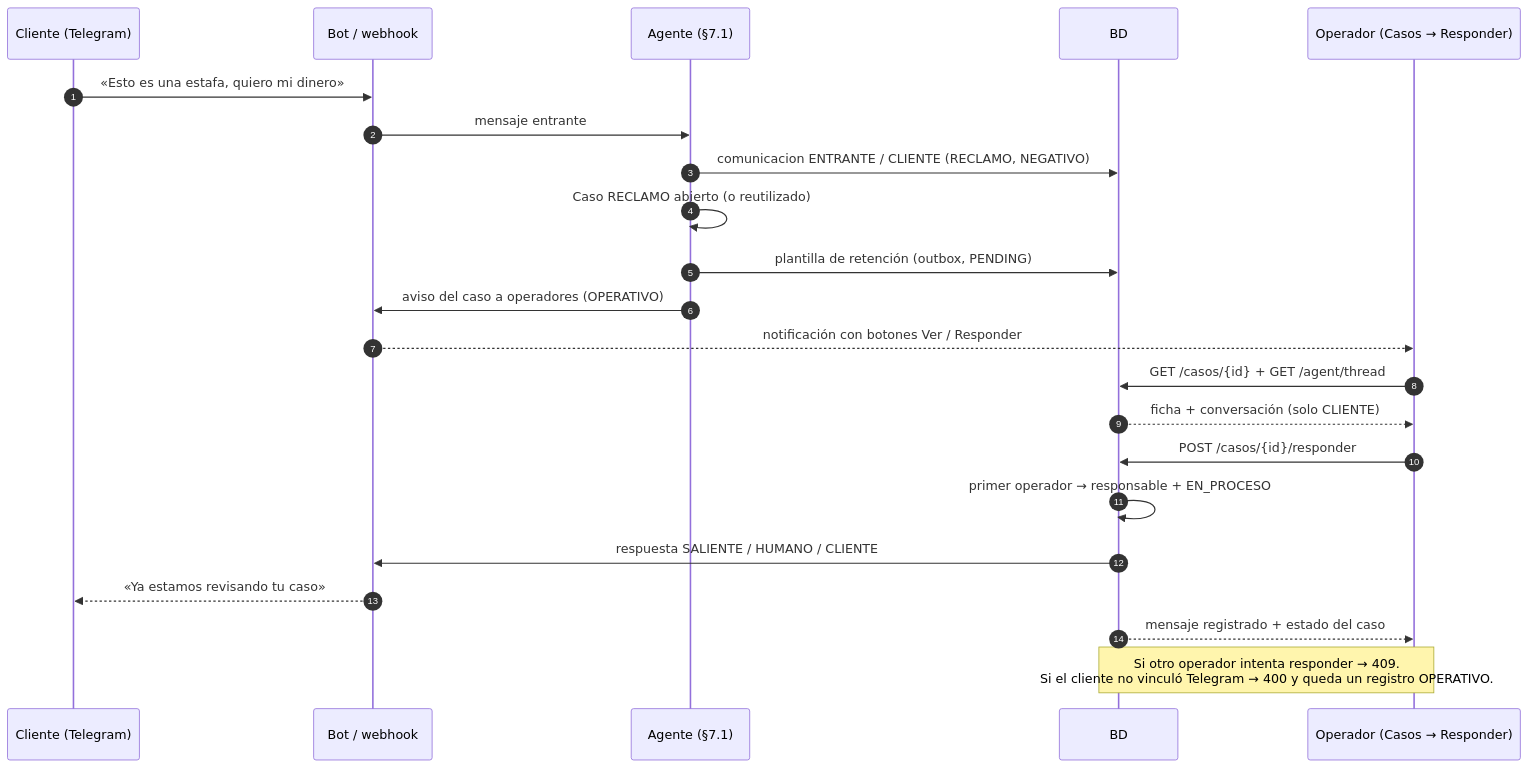
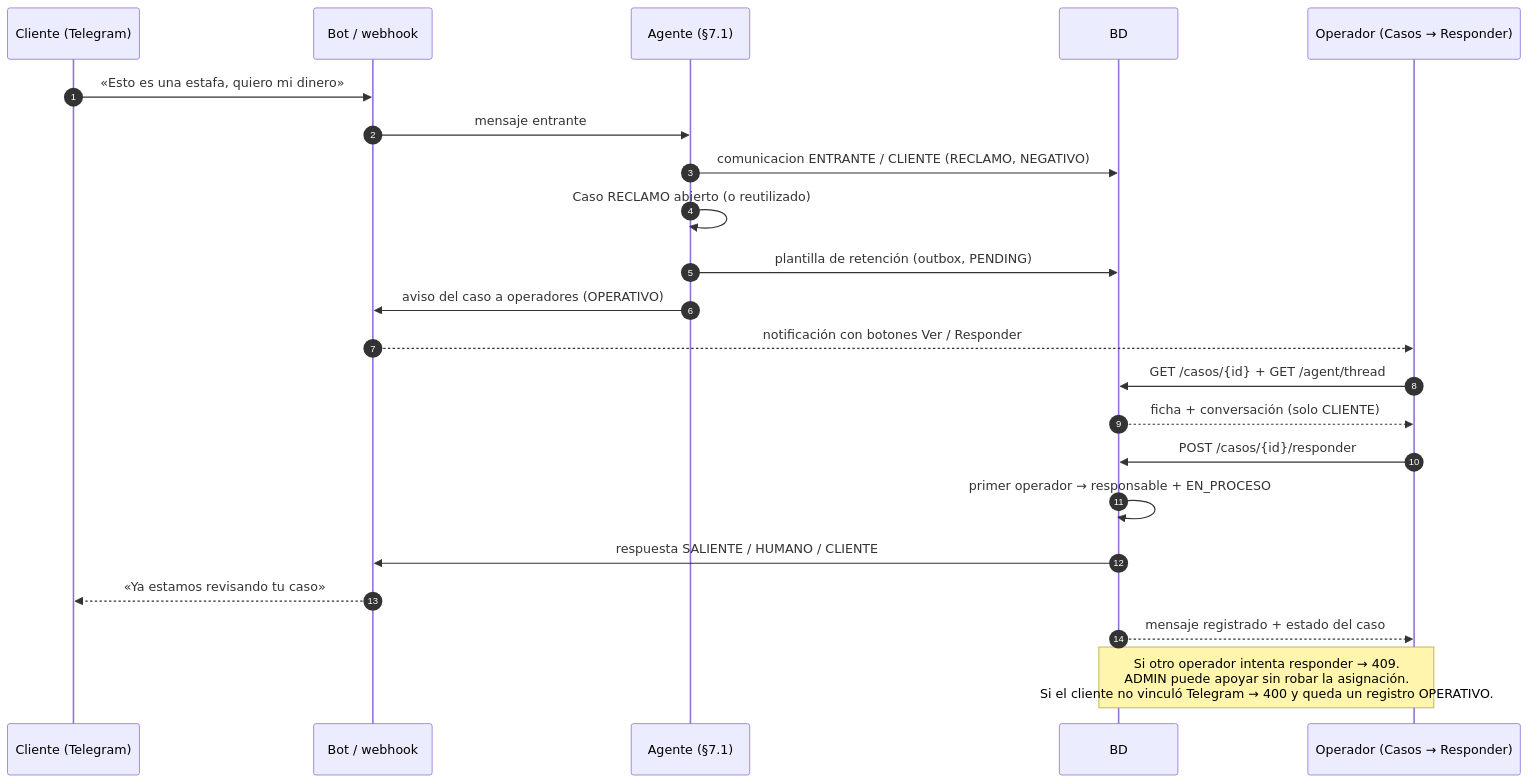
One commit to Jijiploff/polux-import-customers changed the fifth of 6 diagrams in docs/04-agente.md. Above: the diagram before and after it, drawn with Mermaid. The commit also changed other lines of this file and 25 other files, not shown here.

````diff
--- a/docs/04-agente.md
+++ b/docs/04-agente.md
@@ -273,27 +275,27 @@
 ```mermaid
 sequenceDiagram
     autonumber
     participant C as Cliente (Telegram)
     participant T as Bot / webhook
     participant A as Agente (§7.1)
     participant B as BD
     participant W as Operador (Casos → Responder)
 
     C->>T: «Esto es una estafa, quiero mi dinero»
     T->>A: mensaje entrante
     A->>B: comunicacion ENTRANTE / CLIENTE (RECLAMO, NEGATIVO)
     A->>A: Caso RECLAMO abierto (o reutilizado)
     A->>B: plantilla de retención (outbox, PENDING)
     A->>T: aviso del caso a operadores (OPERATIVO)
     T-->>W: notificación con botones Ver / Responder
 
     W->>B: GET /casos/{id} + GET /agent/thread
     B-->>W: ficha + conversación (solo CLIENTE)
     W->>B: POST /casos/{id}/responder
     B->>B: primer operador → responsable + EN_PROCESO
     B->>T: respuesta SALIENTE / HUMANO / CLIENTE
     T-->>C: «Ya estamos revisando tu caso»
     B-->>W: mensaje registrado + estado del caso
 
-    Note over W,B: Si otro operador intenta responder → 409.<br/>Si el cliente no vinculó Telegram → 400 y queda un registro OPERATIVO.
+    Note over W,B: Si otro operador intenta responder → 409.<br/>ADMIN puede apoyar sin robar la asignación.<br/>Si el cliente no vinculó Telegram → 400 y queda un registro OPERATIVO.
 ```
````
